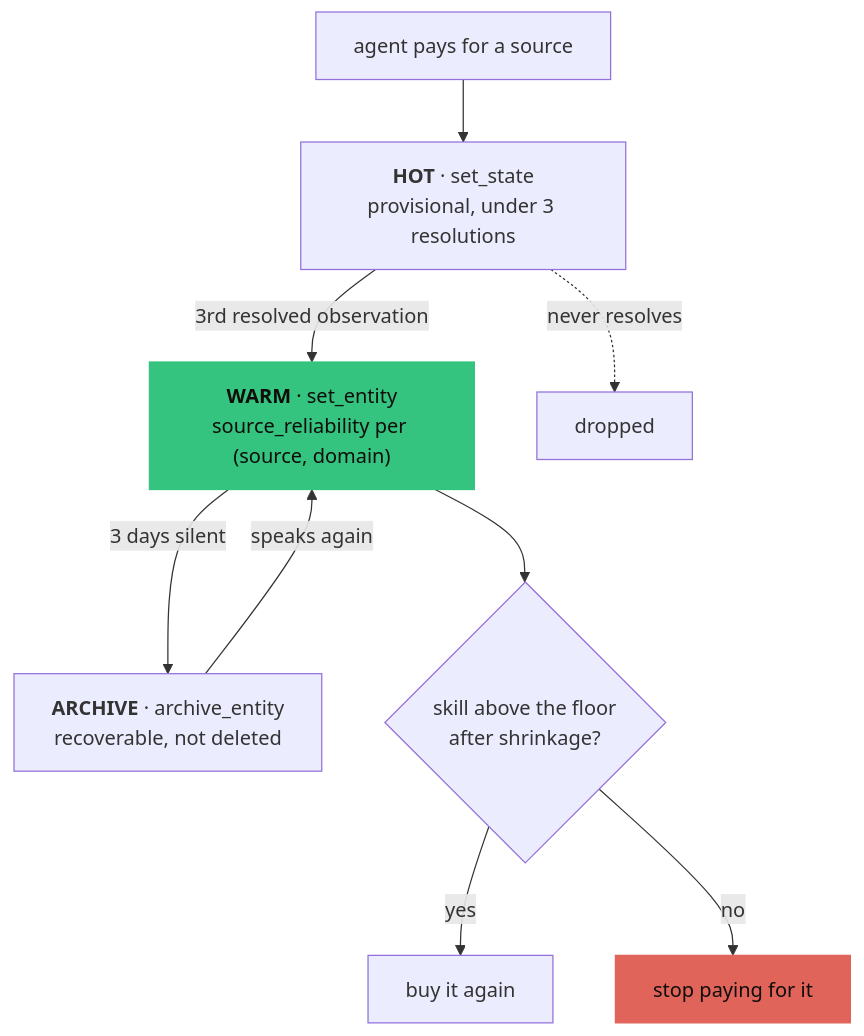
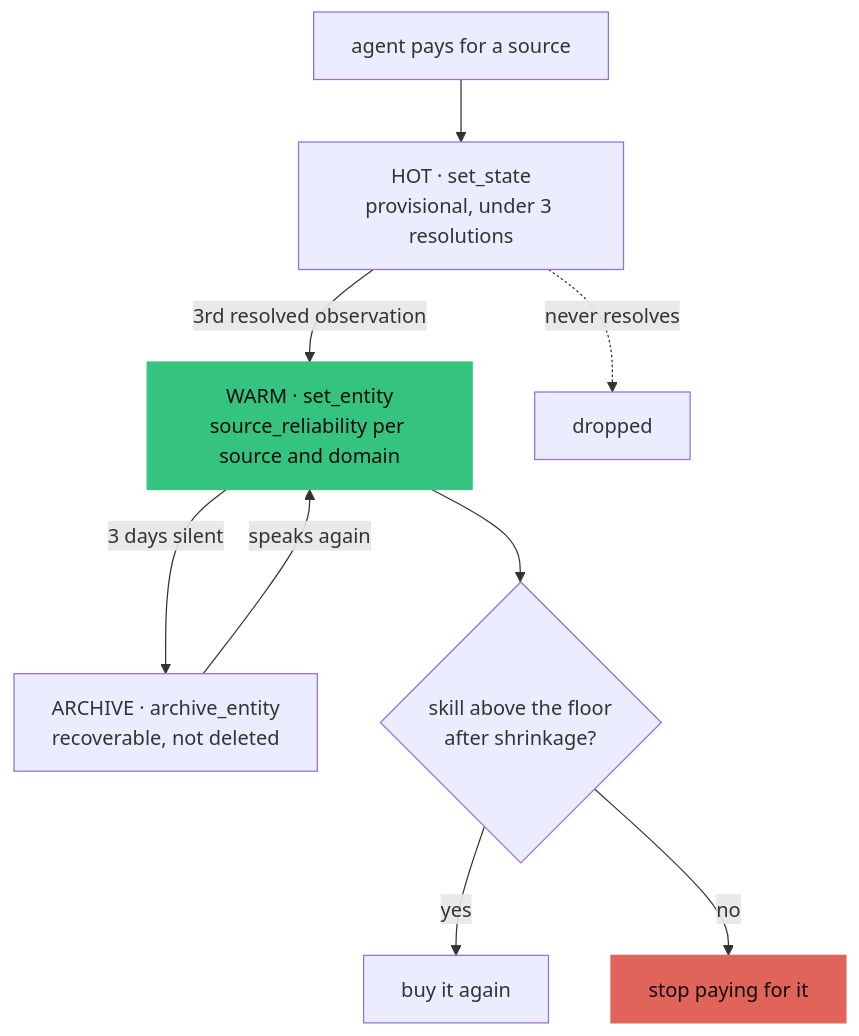
The second of 2 diagrams in README.md (neromtoobad/receipts), drawn with Mermaid before and after one commit. The commit also changed other lines of this file and 2 other files, not shown here.

Commit message:
docs: conservative mermaid syntax
Dropped the space before subgraph title brackets and the HTML tags inside node
labels. Both are legal in current mermaid, but neither is load-bearing here and
a diagram that fails to parse renders as an error box in front of a judge.

The mermaid CLI could not be used to check these — npm could not reach the
network to install it, and the first 'FAILED' it reported was that, not a
syntax error. A control diagram known to be valid failed identically.

````diff
--- a/README.md
+++ b/README.md
@@ -119,14 +119,14 @@
 ```mermaid
 flowchart TD
-    B["agent pays for a source"] --> H["<b>HOT</b> · set_state<br/>provisional, under 3 resolutions"]
-    H -->|"3rd resolved observation"| W["<b>WARM</b> · set_entity<br/>source_reliability per (source, domain)"]
+    B["agent pays for a source"] --> H["HOT · set_state<br/>provisional, under 3 resolutions"]
+    H -->|"3rd resolved observation"| W["WARM · set_entity<br/>source_reliability per source and domain"]
     H -.->|"never resolves"| X["dropped"]
-    W -->|"3 days silent"| A["<b>ARCHIVE</b> · archive_entity<br/>recoverable, not deleted"]
+    W -->|"3 days silent"| A["ARCHIVE · archive_entity<br/>recoverable, not deleted"]
     A -->|"speaks again"| W
     W --> D{"skill above the floor<br/>after shrinkage?"}
     D -->|yes| Y["buy it again"]
     D -->|no| Z["stop paying for it"]
 
     style W fill:#35C47F,stroke:#35C47F,color:#0E0D0B
     style Z fill:#E0645A,stroke:#E0645A,color:#0E0D0B
 ```
````
